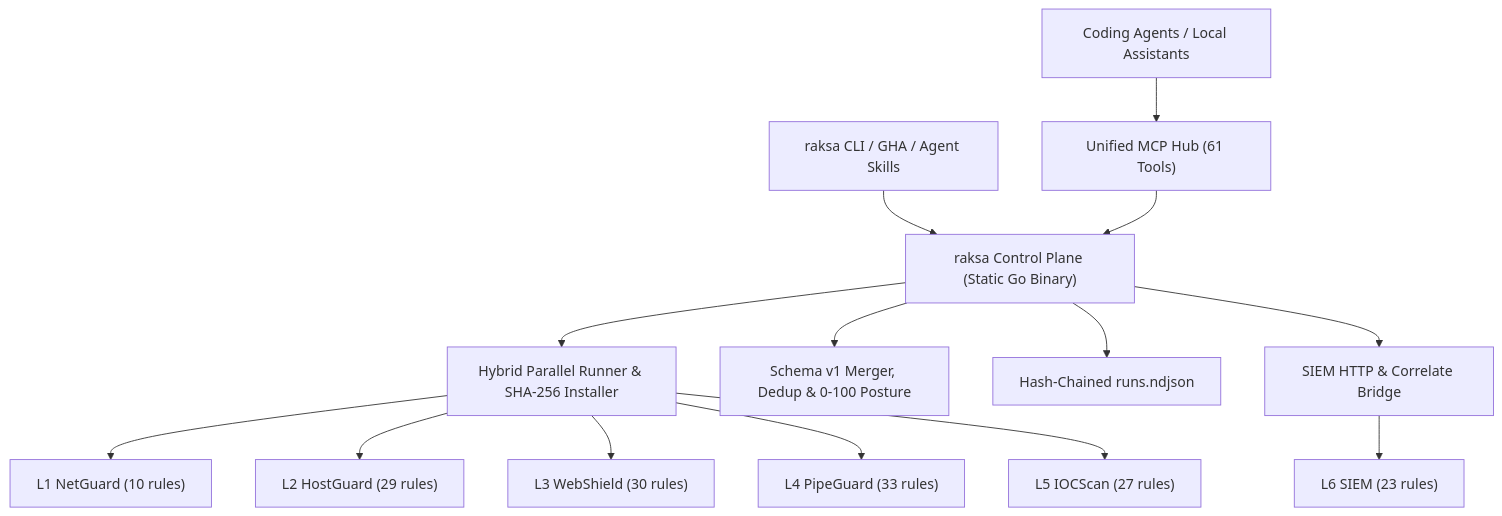
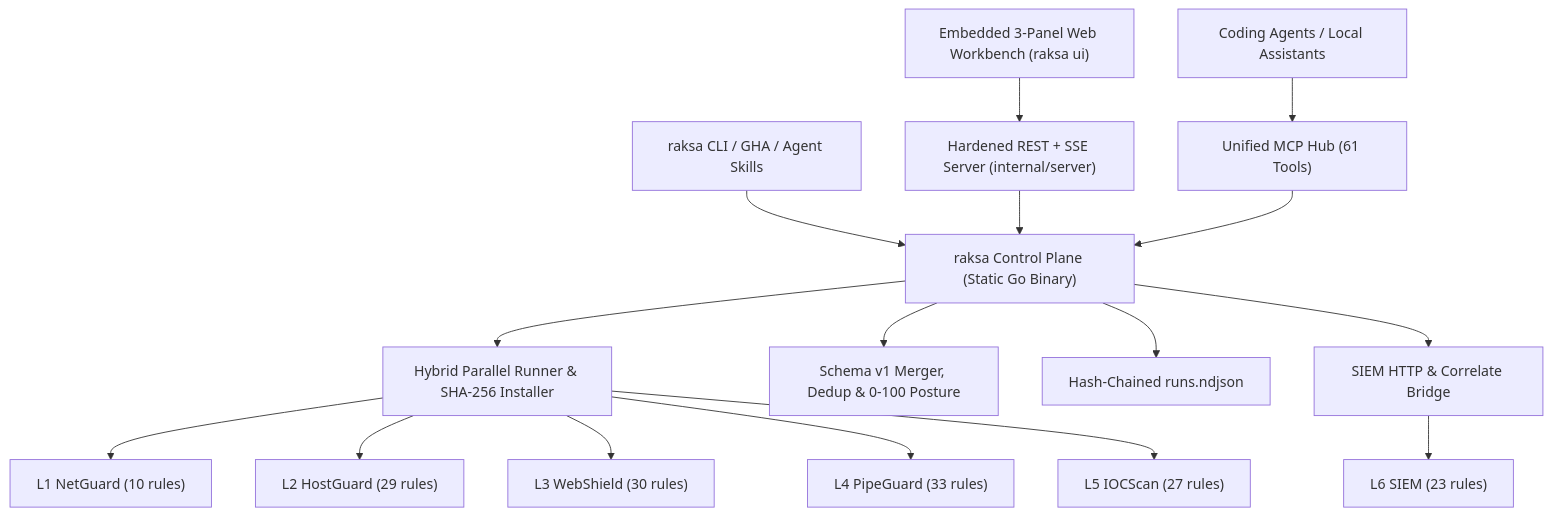
One commit to luminariadev/raksa changed the diagram in README.md. Above: the diagram before and after it, drawn with Mermaid. The commit also changed other lines of this file and 11 other files, not shown here.

````diff
--- a/README.md
+++ b/README.md
@@ -35,16 +36,18 @@
 ```mermaid
 flowchart TB
+    WebUI["Embedded 3-Panel Web Workbench (raksa ui)"] --> Server["Hardened REST + SSE Server (internal/server)"]
     CLI["raksa CLI / GHA / Agent Skills"] --> Core["raksa Control Plane (Static Go Binary)"]
     MCP["Coding Agents / Local Assistants"] --> MCPHub["Unified MCP Hub (61 Tools)"]
+    Server --> Core
     MCPHub --> Core
     Core --> Runner["Hybrid Parallel Runner & SHA-256 Installer"]
     Core --> Agg["Schema v1 Merger, Dedup & 0-100 Posture"]
     Core --> Store["Hash-Chained runs.ndjson"]
     Core --> SIEMBridge["SIEM HTTP & Correlate Bridge"]
     Runner --> L1["L1 NetGuard (10 rules)"]
     Runner --> L2["L2 HostGuard (29 rules)"]
     Runner --> L3["L3 WebShield (30 rules)"]
     Runner --> L4["L4 PipeGuard (33 rules)"]
     Runner --> L5["L5 IOCScan (27 rules)"]
     SIEMBridge --> L6["L6 SIEM (23 rules)"]
 ```
````
